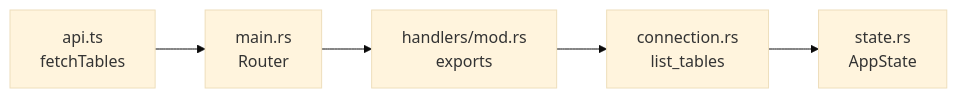
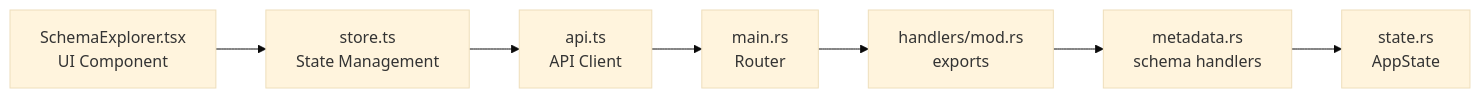
Before and after one commit to sutanto1010/crablite: the fifth of 5 diagrams in .qoder/repowiki/en/content/API Reference/Database Metadata.md, drawn with Mermaid (base theme). The commit also changed other lines of this file and 25 other files, not shown here.

First line of the commit message:
feat(metadata): add comprehensive database schema and internals API endpoints

````diff
--- a/.qoder/repowiki/en/content/API Reference/Database Metadata.md
+++ b/.qoder/repowiki/en/content/API Reference/Database Metadata.md
@@ -220,7 +410,9 @@
 ```mermaid
 graph LR
-Main["main.rs<br/>Router"] --> ConnMod["handlers/mod.rs<br/>exports"]
-ConnMod --> ConnRs["connection.rs<br/>list_tables"]
-ConnRs --> StateRs["state.rs<br/>AppState"]
-Front["api.ts<br/>fetchTables"] --> Main
+Main["main.rs<br/>Router"] --> MetadataMod["handlers/mod.rs<br/>exports"]
+MetadataMod --> MetadataRs["metadata.rs<br/>schema handlers"]
+MetadataRs --> StateRs["state.rs<br/>AppState"]
+Front["SchemaExplorer.tsx<br/>UI Component"] --> StoreTs["store.ts<br/>State Management"]
+StoreTs --> ApiTs["api.ts<br/>API Client"]
+ApiTs --> Main
 ```
````
